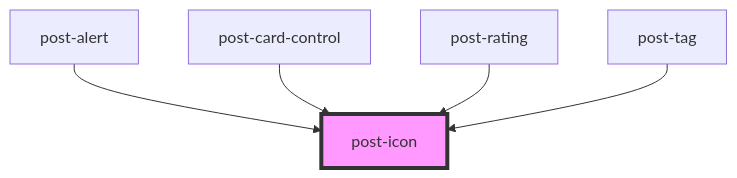
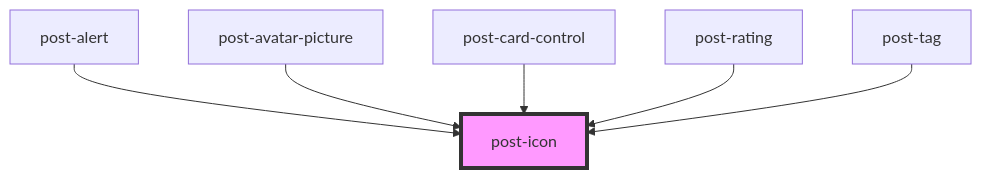
Before and after one commit to swisspost/design-system: the diagram in packages/components/src/components/post-icon/readme.md, drawn with Mermaid. The commit also changed other lines of this file and 10 other files, not shown here.

Commit message:
feat(components, components-angular): add component `post-avatar-picture` to show an avatar, based on different possible input data

````diff
--- a/packages/components/src/components/post-icon/readme.md
+++ b/packages/components/src/components/post-icon/readme.md
@@ -31,8 +32,9 @@
 ```mermaid
 graph TD;
   post-alert --> post-icon
+  post-avatar-picture --> post-icon
   post-card-control --> post-icon
   post-rating --> post-icon
   post-tag --> post-icon
   style post-icon fill:#f9f,stroke:#333,stroke-width:4px
 ```
````
